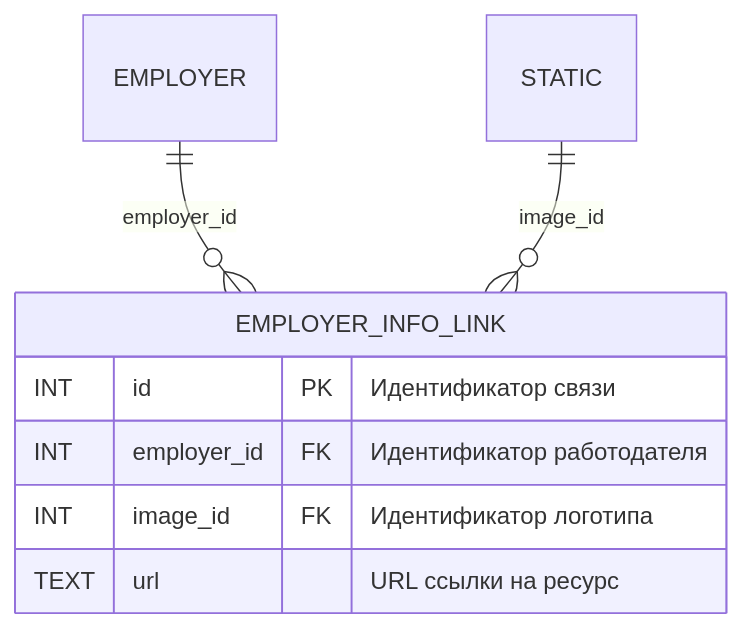
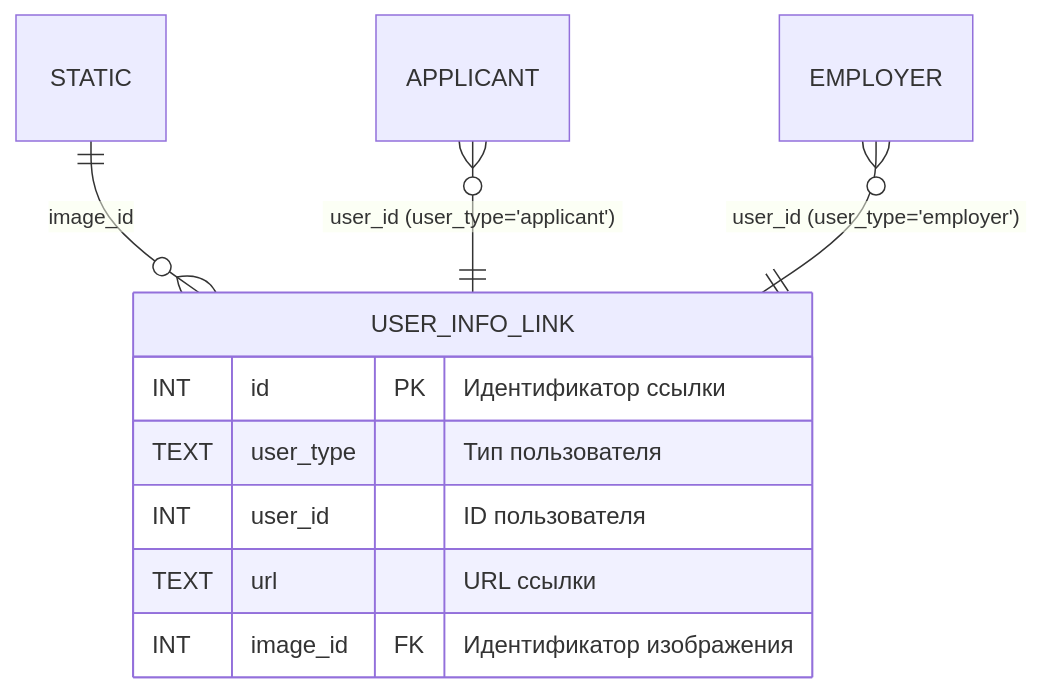
The sixth of 18 diagrams in db/normalized/relations.md (go-park-mail-ru/2025_1_Orange), drawn with Mermaid before and after one commit. The commit also changed other lines of this file and 2 other files, not shown here.

````diff
--- a/db/normalized/relations.md
+++ b/db/normalized/relations.md
@@ -223,11 +223,13 @@
 ```mermaid
 erDiagram
-    EMPLOYER_INFO_LINK {
-        INT id PK "Идентификатор связи"
-        INT employer_id FK "Идентификатор работодателя"
-        INT image_id FK "Идентификатор логотипа"
-        TEXT url "URL ссылки на ресурс"
+    USER_INFO_LINK {
+        INT id PK "Идентификатор ссылки"
+        TEXT user_type "Тип пользователя"
+        INT user_id "ID пользователя"
+        TEXT url "URL ссылки"
+        INT image_id FK "Идентификатор изображения"
     }
-    EMPLOYER ||--o{ EMPLOYER_INFO_LINK : "employer_id"
-    STATIC ||--o{ EMPLOYER_INFO_LINK : "image_id"
+    STATIC ||--o{ USER_INFO_LINK : "image_id"
+    APPLICANT }o--|| USER_INFO_LINK : "user_id (user_type='applicant')"
+    EMPLOYER }o--|| USER_INFO_LINK : "user_id (user_type='employer')"
 ```
````
